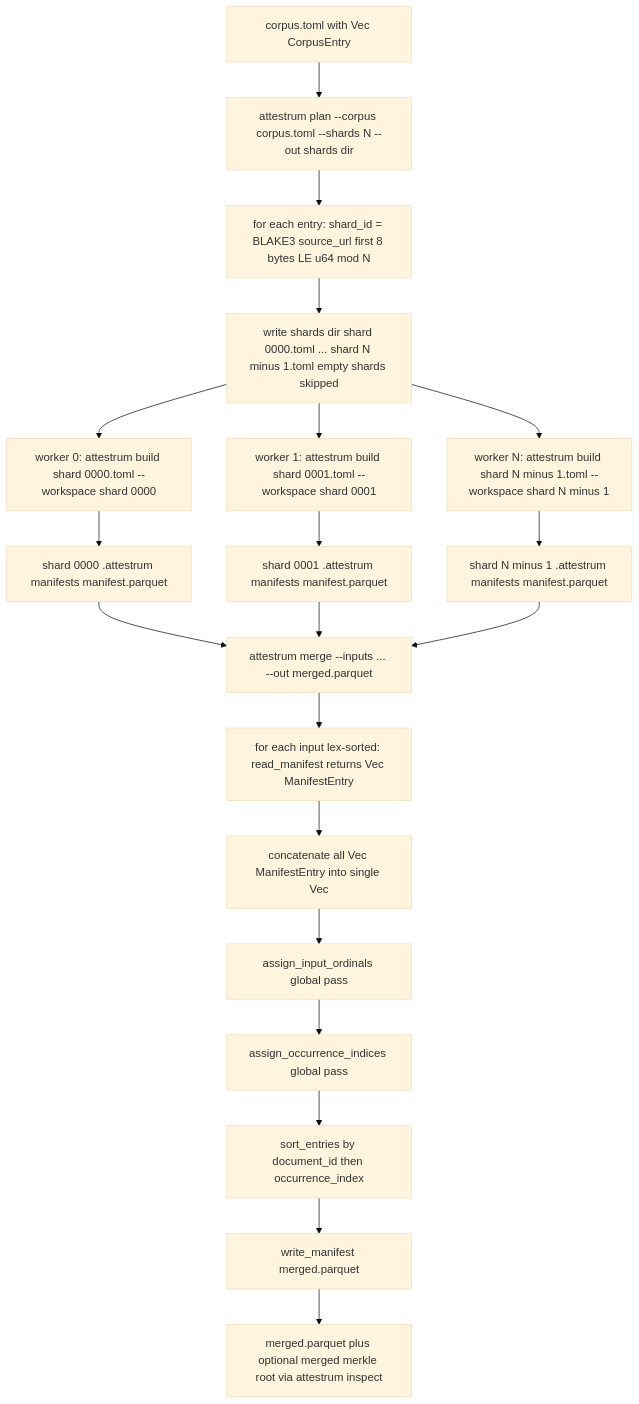
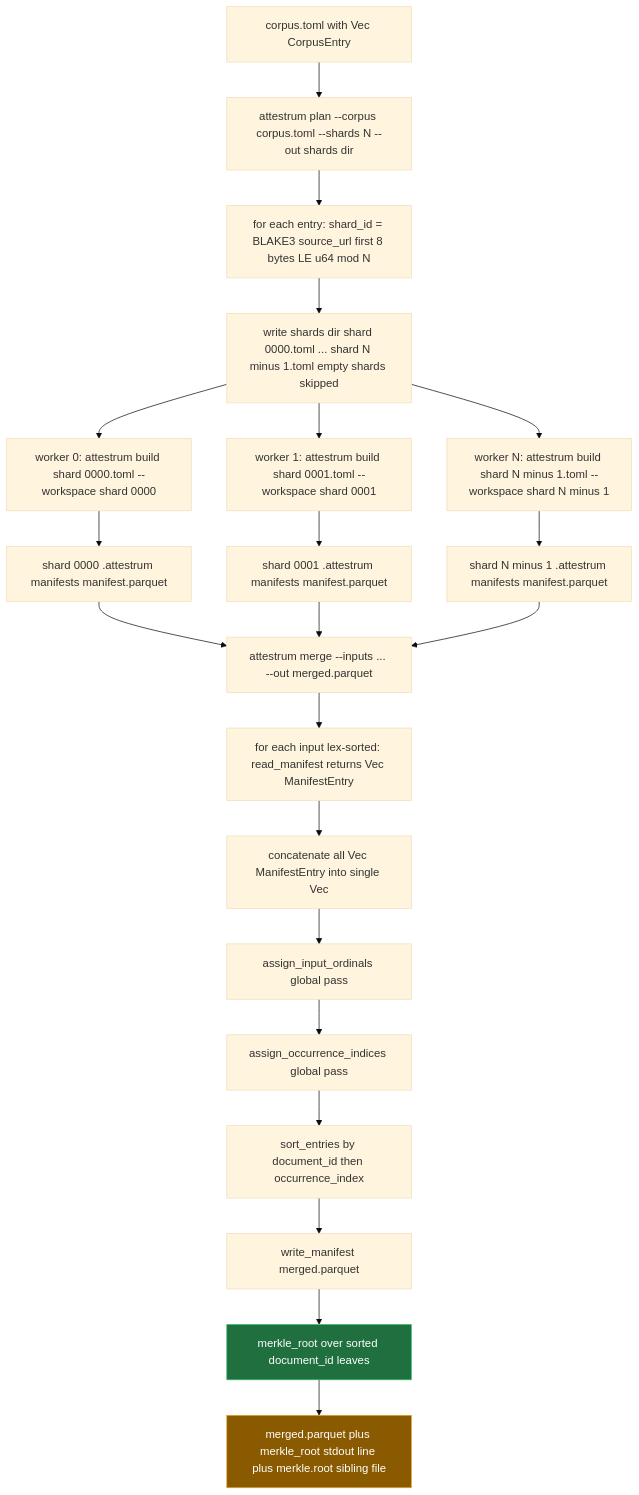
One commit to Attestrum/Attestrum changed the diagram in docs/diagrams/sprint-3/sharding.md. Above: the diagram before and after it, drawn with Mermaid (base theme). The commit also changed other lines of this file and 3 other files, not shown here.

First line of the commit message:
feat(cli): attestrum merge emits the merged Merkle root

````diff
--- a/docs/diagrams/sprint-3/sharding.md
+++ b/docs/diagrams/sprint-3/sharding.md
@@ -19,22 +19,28 @@
 ```mermaid
 flowchart TD
   IN[corpus.toml with Vec CorpusEntry] --> PLAN[attestrum plan --corpus corpus.toml --shards N --out shards dir]
   PLAN --> HASH[for each entry: shard_id = BLAKE3 source_url first 8 bytes LE u64 mod N]
   HASH --> EMIT[write shards dir shard 0000.toml ... shard N minus 1.toml empty shards skipped]
   EMIT --> WORK0[worker 0: attestrum build shard 0000.toml --workspace shard 0000]
   EMIT --> WORK1[worker 1: attestrum build shard 0001.toml --workspace shard 0001]
   EMIT --> WORKN[worker N: attestrum build shard N minus 1.toml --workspace shard N minus 1]
   WORK0 --> SHARD0[shard 0000 .attestrum manifests manifest.parquet]
   WORK1 --> SHARD1[shard 0001 .attestrum manifests manifest.parquet]
   WORKN --> SHARDN[shard N minus 1 .attestrum manifests manifest.parquet]
   SHARD0 --> MERGE[attestrum merge --inputs ... --out merged.parquet]
   SHARD1 --> MERGE
   SHARDN --> MERGE
   MERGE --> READ[for each input lex-sorted: read_manifest returns Vec ManifestEntry]
   READ --> CONCAT[concatenate all Vec ManifestEntry into single Vec]
   CONCAT --> REIO[assign_input_ordinals global pass]
   REIO --> REASS[assign_occurrence_indices global pass]
   REASS --> RESORT[sort_entries by document_id then occurrence_index]
   RESORT --> WRITE[write_manifest merged.parquet]
-  WRITE --> OUT[merged.parquet plus optional merged merkle root via attestrum inspect]
+  WRITE --> ROOT[merkle_root over sorted document_id leaves]
+  ROOT --> OUT[merged.parquet plus merkle_root stdout line plus merkle.root sibling file]
+
+  classDef revised fill:#8a5a00,stroke:#e0a52e,color:#fff
+  classDef added fill:#1f6f3f,stroke:#3ec072,color:#fff
+  class ROOT added
+  class OUT revised
 ```
````
